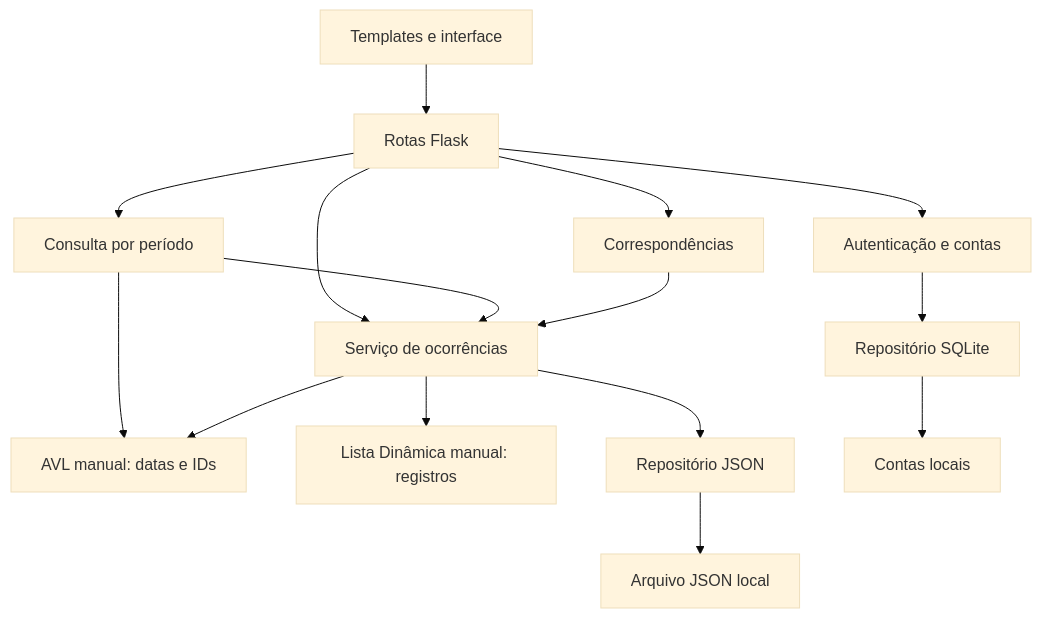
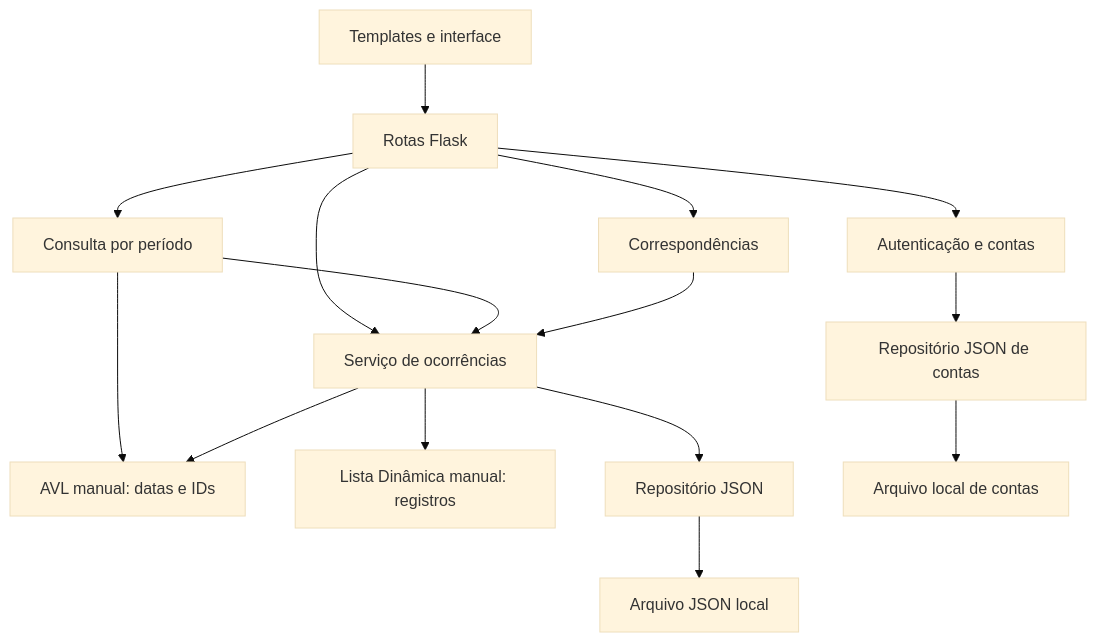
Before and after one commit to luis-sandri/PUCEncontrou: the diagram in docs/arquitetura.md, drawn with Mermaid (base theme). The commit also changed other lines of this file and 22 other files, not shown here.

First line of the commit message:
Refactor account persistence from SQLite to JSON

````diff
--- a/docs/arquitetura.md
+++ b/docs/arquitetura.md
@@ -22,17 +32,17 @@
 ```mermaid
 flowchart TD
     UI[Templates e interface] --> HTTP[Rotas Flask]
     HTTP --> SO[Serviço de ocorrências]
     HTTP --> SC[Consulta por período]
     HTTP --> SM[Correspondências]
     HTTP --> SA[Autenticação e contas]
     SC --> AV[AVL manual: datas e IDs]
     SC --> SO
     SM --> SO
     SO --> LD[Lista Dinâmica manual: registros]
     SO --> JR[Repositório JSON]
     JR --> JF[Arquivo JSON local]
     SO --> AV
-    SA --> SR[Repositório SQLite]
-    SR --> DB[Contas locais]
+    SA --> SR[Repositório JSON de contas]
+    SR --> DB[Arquivo local de contas]
 ```
````
